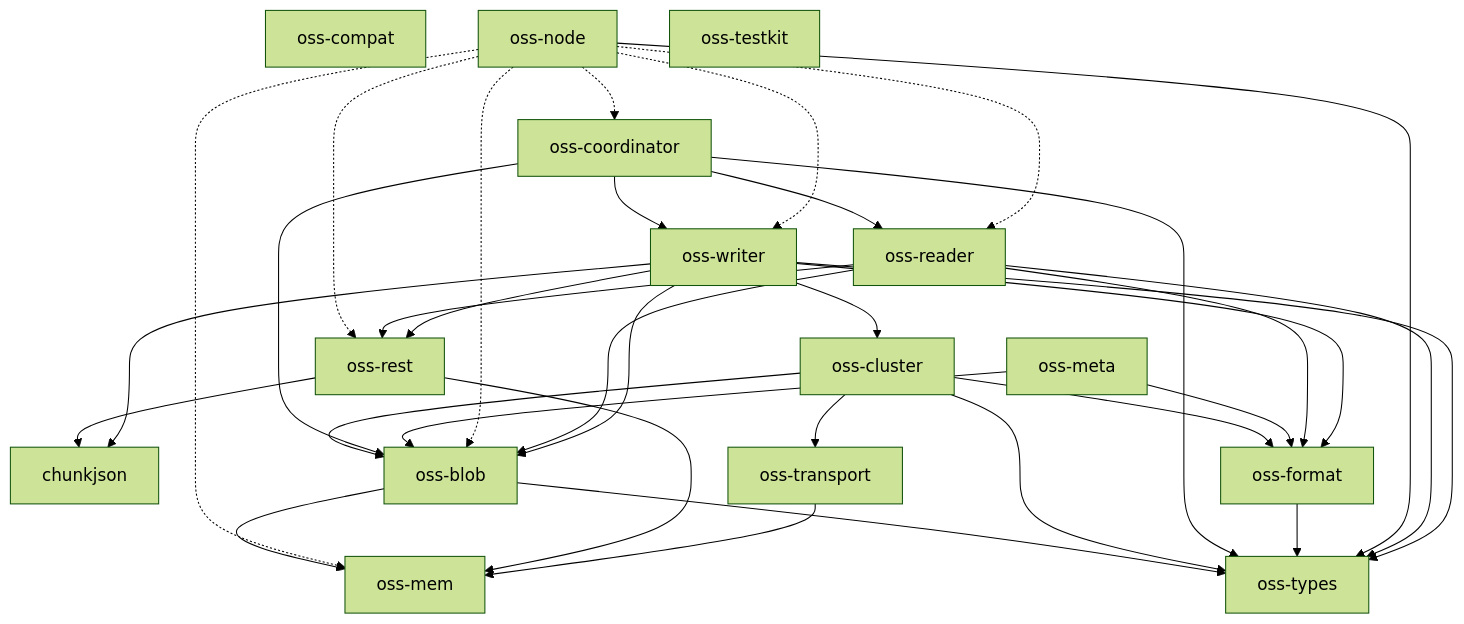
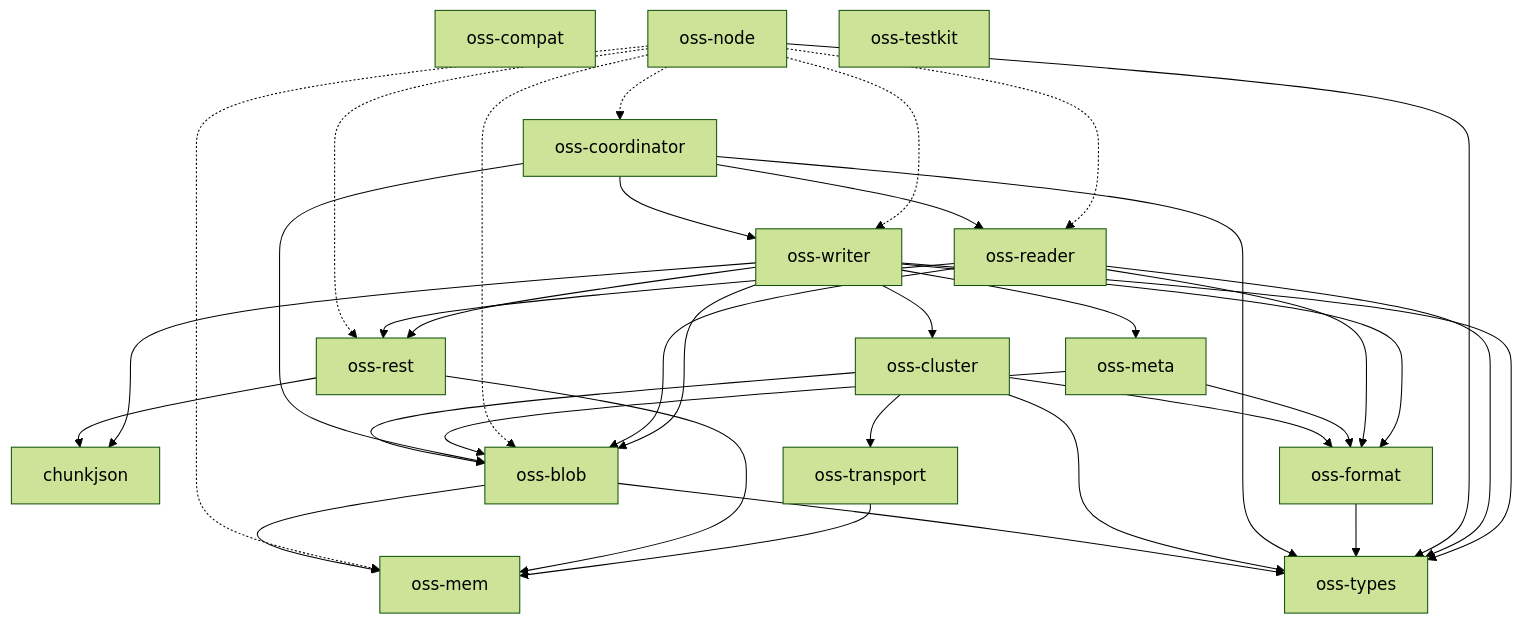
One commit to huyz0/opensearch-serverless changed the diagram in docs/architecture.md. Above: the diagram before and after it, drawn with Mermaid (forest theme). The commit also changed 10 other files, not shown here.

````diff
--- a/docs/architecture.md
+++ b/docs/architecture.md
@@ -10,41 +10,42 @@
 ```mermaid
 graph TD
     chunkjson
     oss-blob --> oss-mem
     oss-blob --> oss-types
     oss-cluster --> oss-blob
     oss-cluster --> oss-format
     oss-cluster --> oss-transport
     oss-cluster --> oss-types
     oss-compat
     oss-coordinator --> oss-blob
     oss-coordinator --> oss-reader
     oss-coordinator --> oss-types
     oss-coordinator --> oss-writer
     oss-format --> oss-types
     oss-mem
     oss-meta --> oss-blob
     oss-meta --> oss-format
     oss-node -.-> oss-blob
     oss-node -.-> oss-coordinator
     oss-node -.-> oss-mem
     oss-node -.-> oss-reader
     oss-node -.-> oss-rest
     oss-node --> oss-types
     oss-node -.-> oss-writer
     oss-reader --> oss-blob
     oss-reader --> oss-format
     oss-reader --> oss-rest
     oss-reader --> oss-types
     oss-rest --> chunkjson
     oss-rest --> oss-mem
     oss-testkit
     oss-transport --> oss-mem
     oss-types
     oss-writer --> chunkjson
     oss-writer --> oss-blob
     oss-writer --> oss-cluster
     oss-writer --> oss-format
+    oss-writer --> oss-meta
     oss-writer --> oss-rest
     oss-writer --> oss-types
 ```
````
